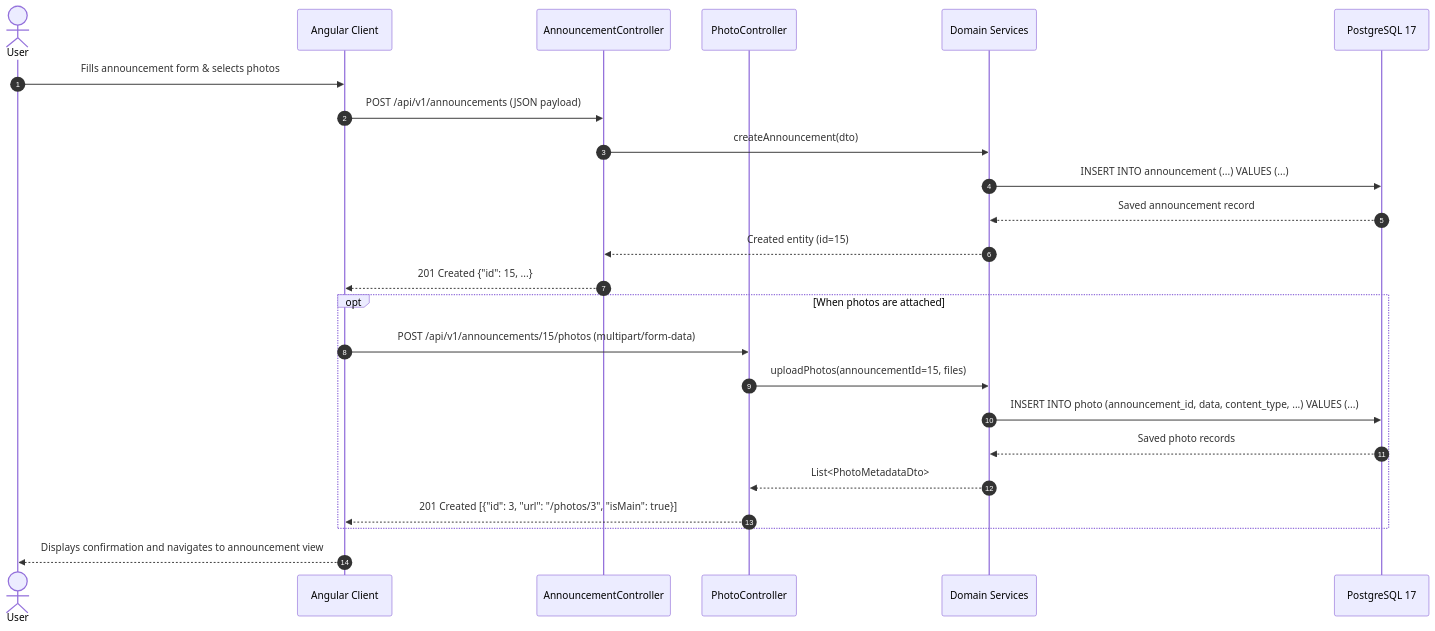
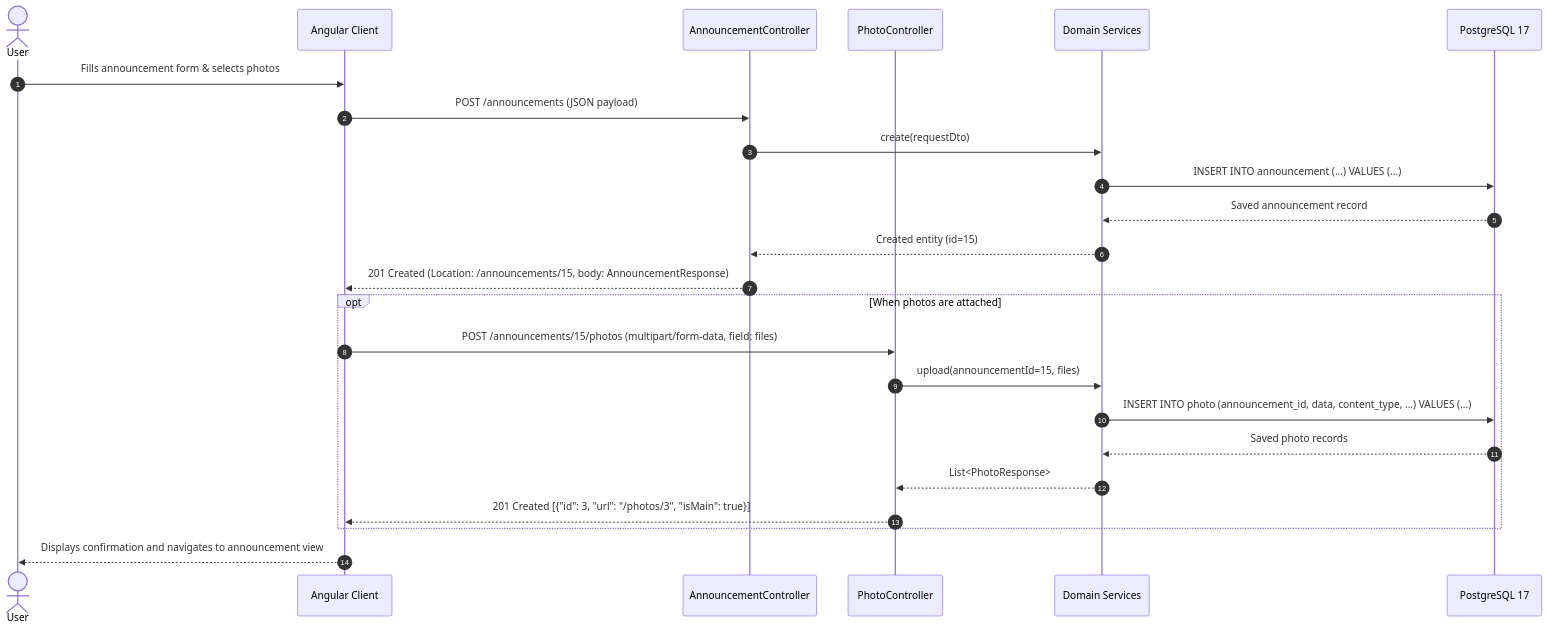
The third of 3 diagrams in docs/architecture.md (NineLives-exe-UBB/safepaws), drawn with Mermaid before and after one commit. The commit also changed other lines of this file and 3 other files, not shown here.

````diff
--- a/docs/architecture.md
+++ b/docs/architecture.md
@@ -76,29 +82,29 @@
 ```mermaid
 sequenceDiagram
     autonumber
     actor User
     participant Angular as Angular Client
     participant Controller as AnnouncementController
     participant PhotoController as PhotoController
     participant Service as Domain Services
     participant DB as PostgreSQL 17
 
     User->>Angular: Fills announcement form & selects photos
-    Angular->>Controller: POST /api/v1/announcements (JSON payload)
-    Controller->>Service: createAnnouncement(dto)
+    Angular->>Controller: POST /announcements (JSON payload)
+    Controller->>Service: create(requestDto)
     Service->>DB: INSERT INTO announcement (...) VALUES (...)
     DB-->>Service: Saved announcement record
     Service-->>Controller: Created entity (id=15)
-    Controller-->>Angular: 201 Created {"id": 15, ...}
+    Controller-->>Angular: 201 Created (Location: /announcements/15, body: AnnouncementResponse)
 
     opt When photos are attached
-        Angular->>PhotoController: POST /api/v1/announcements/15/photos (multipart/form-data)
-        PhotoController->>Service: uploadPhotos(announcementId=15, files)
+        Angular->>PhotoController: POST /announcements/15/photos (multipart/form-data, field: files)
+        PhotoController->>Service: upload(announcementId=15, files)
         Service->>DB: INSERT INTO photo (announcement_id, data, content_type, ...) VALUES (...)
         DB-->>Service: Saved photo records
-        Service-->>PhotoController: List<PhotoMetadataDto>
+        Service-->>PhotoController: List<PhotoResponse>
         PhotoController-->>Angular: 201 Created [{"id": 3, "url": "/photos/3", "isMain": true}]
     end
 
     Angular-->>User: Displays confirmation and navigates to announcement view
 ```
````
